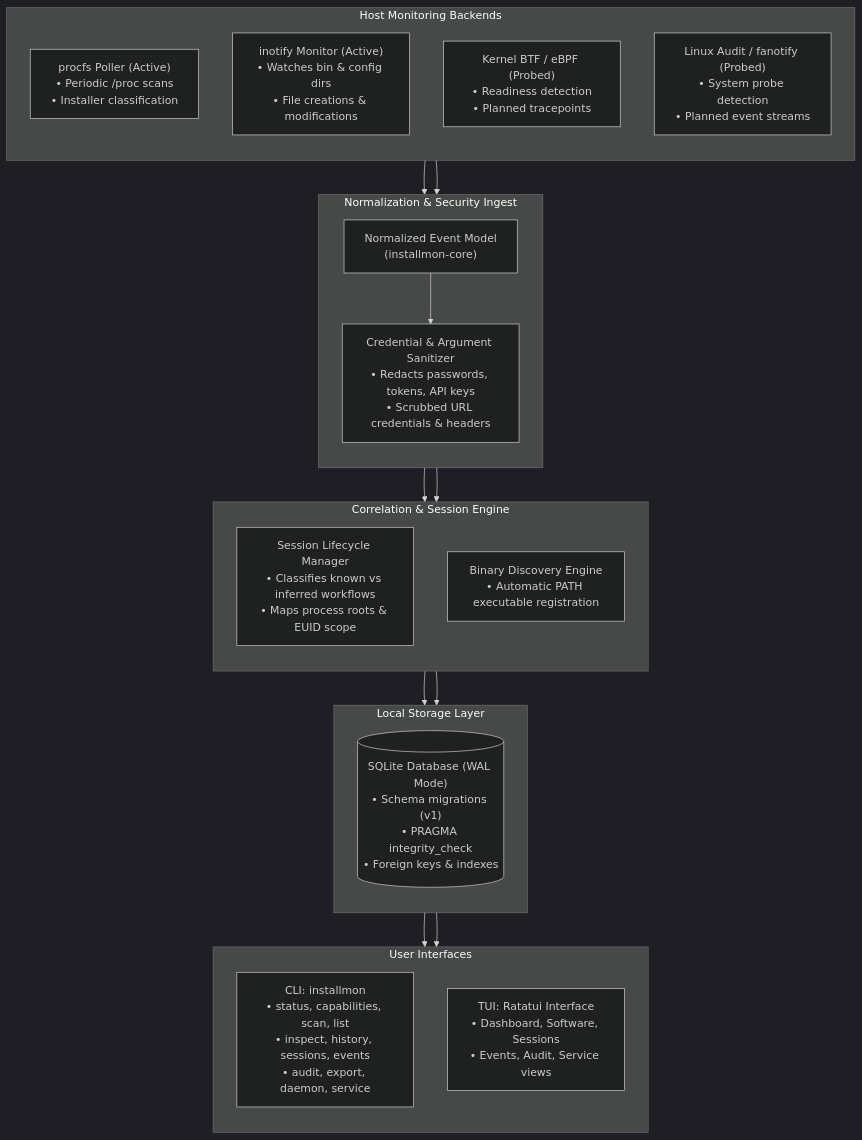
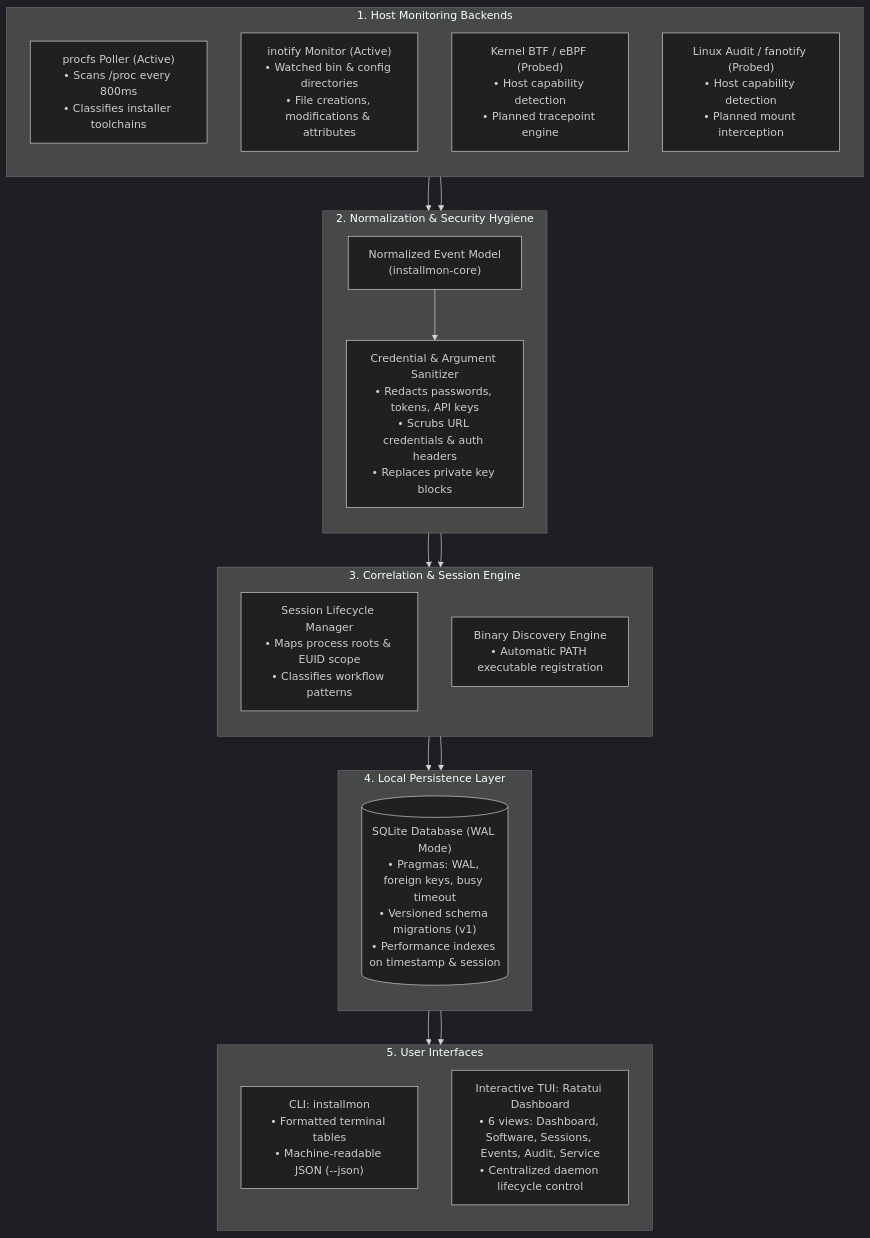
One commit to ankur3-101106/installmon changed the diagram in docs/architecture/overview.md. Above: the diagram before and after it, drawn with Mermaid (dark theme). The commit also changed other lines of this file and 11 other files, not shown here.

````diff
--- a/docs/architecture/overview.md
+++ b/docs/architecture/overview.md
@@ -15,39 +11,39 @@
 ```mermaid
 flowchart TD
-    subgraph S1["Host Monitoring Backends"]
+    subgraph S1["1. Host Monitoring Backends"]
         direction TB
-        B1["procfs Poller (Active)<br/>• Periodic /proc scans<br/>• Installer classification"]
-        B2["inotify Monitor (Active)<br/>• Watches bin & config dirs<br/>• File creations & modifications"]
-        B3["Kernel BTF / eBPF (Probed)<br/>• Readiness detection<br/>• Planned tracepoints"]
-        B4["Linux Audit / fanotify (Probed)<br/>• System probe detection<br/>• Planned event streams"]
+        B1["procfs Poller (Active)<br/>• Scans /proc every 800ms<br/>• Classifies installer toolchains"]
+        B2["inotify Monitor (Active)<br/>• Watched bin & config directories<br/>• File creations, modifications & attributes"]
+        B3["Kernel BTF / eBPF (Probed)<br/>• Host capability detection<br/>• Planned tracepoint engine"]
+        B4["Linux Audit / fanotify (Probed)<br/>• Host capability detection<br/>• Planned mount interception"]
     end
 
-    subgraph S2["Normalization & Security Ingest"]
+    subgraph S2["2. Normalization & Security Hygiene"]
         direction TB
         N1["Normalized Event Model<br/>(installmon-core)"]
-        N2["Credential & Argument Sanitizer<br/>• Redacts passwords, tokens, API keys<br/>• Scrubbed URL credentials & headers"]
+        N2["Credential & Argument Sanitizer<br/>• Redacts passwords, tokens, API keys<br/>• Scrubs URL credentials & auth headers<br/>• Replaces private key blocks"]
     end
 
-    subgraph S3["Correlation & Session Engine"]
+    subgraph S3["3. Correlation & Session Engine"]
         direction TB
-        C1["Session Lifecycle Manager<br/>• Classifies known vs inferred workflows<br/>• Maps process roots & EUID scope"]
+        C1["Session Lifecycle Manager<br/>• Maps process roots & EUID scope<br/>• Classifies workflow patterns"]
         C2["Binary Discovery Engine<br/>• Automatic PATH executable registration"]
     end
 
-    subgraph S4["Local Storage Layer"]
+    subgraph S4["4. Local Persistence Layer"]
         direction TB
-        D1[("SQLite Database (WAL Mode)<br/>• Schema migrations (v1)<br/>• PRAGMA integrity_check<br/>• Foreign keys & indexes")]
+        D1[("SQLite Database (WAL Mode)<br/>• Pragmas: WAL, foreign keys, busy timeout<br/>• Versioned schema migrations (v1)<br/>• Performance indexes on timestamp & session")]
     end
 
-    subgraph S5["User Interfaces"]
+    subgraph S5["5. User Interfaces"]
         direction TB
-        UI1["CLI: installmon<br/>• status, capabilities, scan, list<br/>• inspect, history, sessions, events<br/>• audit, export, daemon, service"]
-        UI2["TUI: Ratatui Interface<br/>• Dashboard, Software, Sessions<br/>• Events, Audit, Service views"]
+        UI1["CLI: installmon<br/>• Formatted terminal tables<br/>• Machine-readable JSON (--json)"]
+        UI2["Interactive TUI: Ratatui Dashboard<br/>• 6 views: Dashboard, Software, Sessions, Events, Audit, Service<br/>• Centralized daemon lifecycle control"]
     end
 
     B1 & B2 --> N1
     N1 --> N2
     N2 --> C1 & C2
     C1 & C2 --> D1
     D1 --> UI1 & UI2
 ```
````
